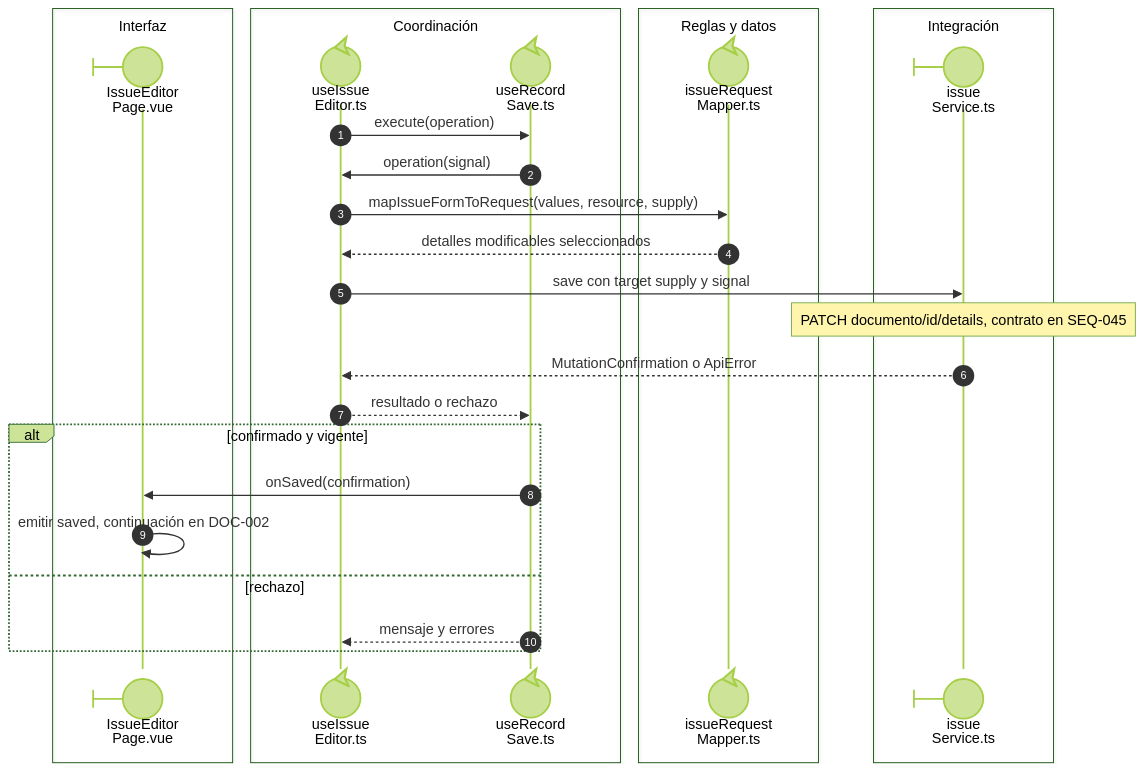
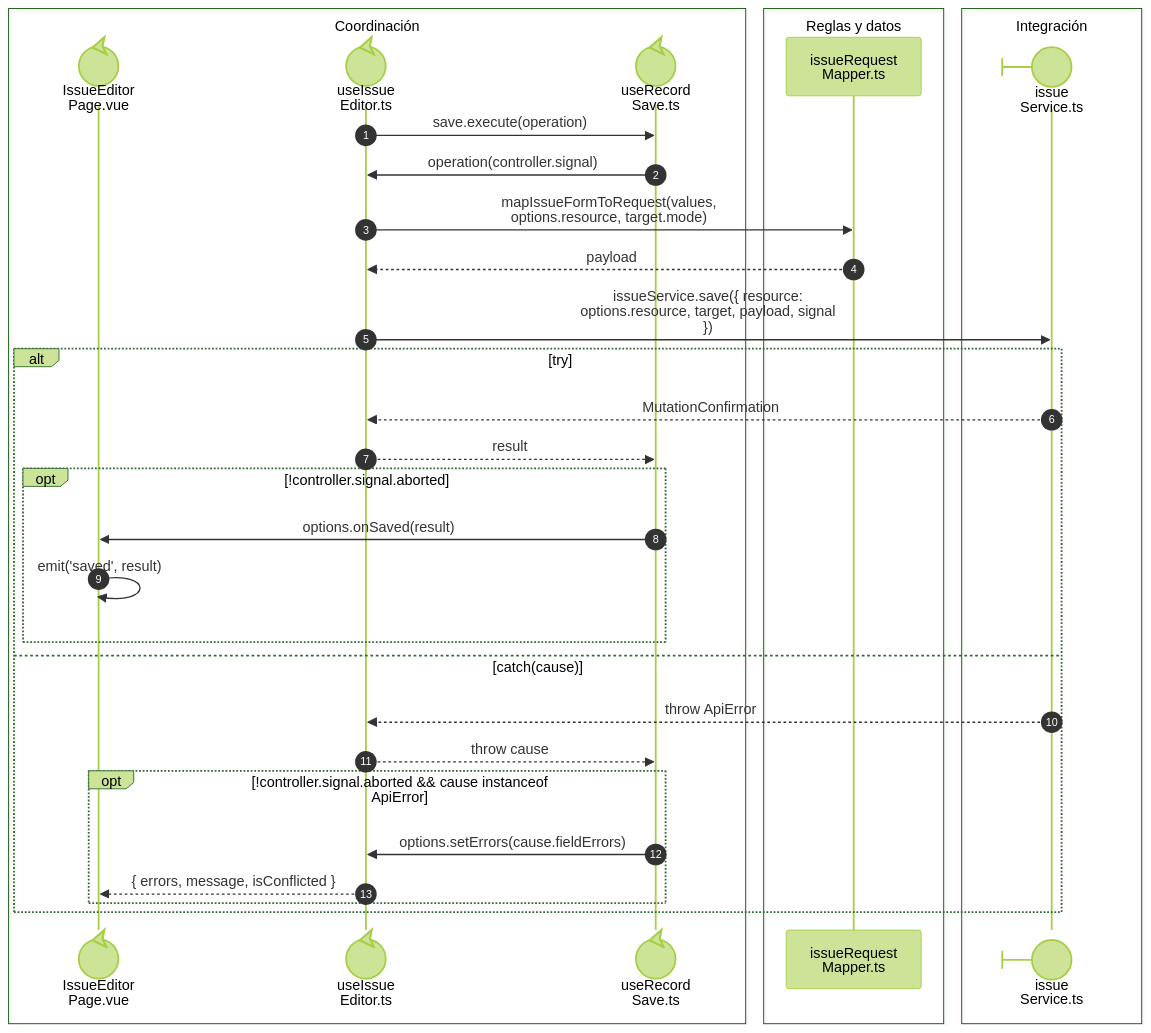
One commit to gpgsistemas01/nexus changed the second of 2 diagrams in front/docs/architecture/views/processes/07-issues/02-issue-supply.md. Above: the diagram before and after it, drawn with Mermaid (forest theme). The commit also changed other lines of this file and 43 other files, not shown here.

````diff
--- a/front/docs/architecture/views/processes/07-issues/02-issue-supply.md
+++ b/front/docs/architecture/views/processes/07-issues/02-issue-supply.md
@@ -48,31 +43,35 @@
 ```mermaid
 sequenceDiagram
     autonumber
-    box Interfaz
-    participant Page@{ "type": "boundary" } as IssueEditor<br/>Page.vue
-    end
     box Coordinación
+    participant Page@{ "type": "control" } as IssueEditor<br/>Page.vue
     participant Editor@{ "type": "control" } as useIssue<br/>Editor.ts
     participant Save@{ "type": "control" } as useRecord<br/>Save.ts
     end
     box Reglas y datos
-    participant Mapper@{ "type": "control" } as issueRequest<br/>Mapper.ts
+    participant Mapper as issueRequest<br/>Mapper.ts
     end
     box Integración
     participant Service@{ "type": "boundary" } as issue<br/>Service.ts
     end
-    Editor->>Save: execute(operation)
-    Save->>Editor: operation(signal)
-    Editor->>Mapper: mapIssueFormToRequest(values, resource, supply)
-    Mapper-->>Editor: detalles modificables seleccionados
-    Editor->>Service: save con target supply y signal
-    Note over Service: PATCH documento/id/details, contrato en SEQ-045
-    Service-->>Editor: MutationConfirmation o ApiError
-    Editor-->>Save: resultado o rechazo
-    alt confirmado y vigente
-        Save->>Page: onSaved(confirmation)
-        Page->>Page: emitir saved, continuación en DOC-002
-    else rechazo
-        Save-->>Editor: mensaje y errores
+    Editor->>Save: nowrap: save.execute(operation)
+    Save->>Editor: nowrap: operation(controller.signal)
+    Editor->>Mapper: nowrap: mapIssueFormToRequest(values,<br/>options.resource, target.mode)
+    Mapper-->>Editor: nowrap: payload
+    Editor->>Service: nowrap: issueService.save({ resource:<br/>options.resource, target, payload, signal<br/>})
+    alt nowrap: try
+        Service-->>Editor: nowrap: MutationConfirmation
+        Editor-->>Save: nowrap: result
+        opt nowrap: !controller.signal.aborted
+            Save->>Page: nowrap: options.onSaved(result)
+            Page->>Page: nowrap: emit('saved', result)
+        end
+    else nowrap: catch(cause)
+        Service-->>Editor: nowrap: throw ApiError
+        Editor-->>Save: nowrap: throw cause
+        opt nowrap: !controller.signal.aborted && cause instanceof<br/>ApiError
+            Save->>Editor: nowrap: options.setErrors(cause.fieldErrors)
+            Editor-->>Page: nowrap: { errors, message, isConflicted }
+        end
     end
 ```
````
